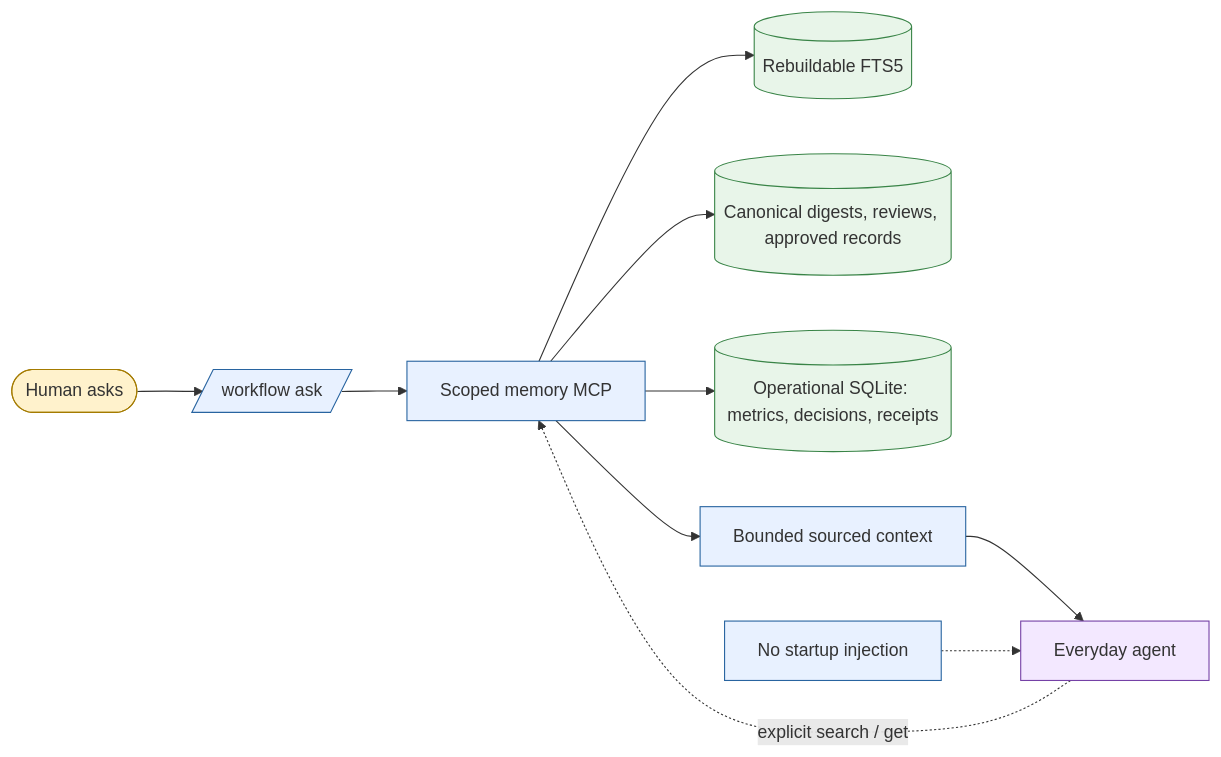
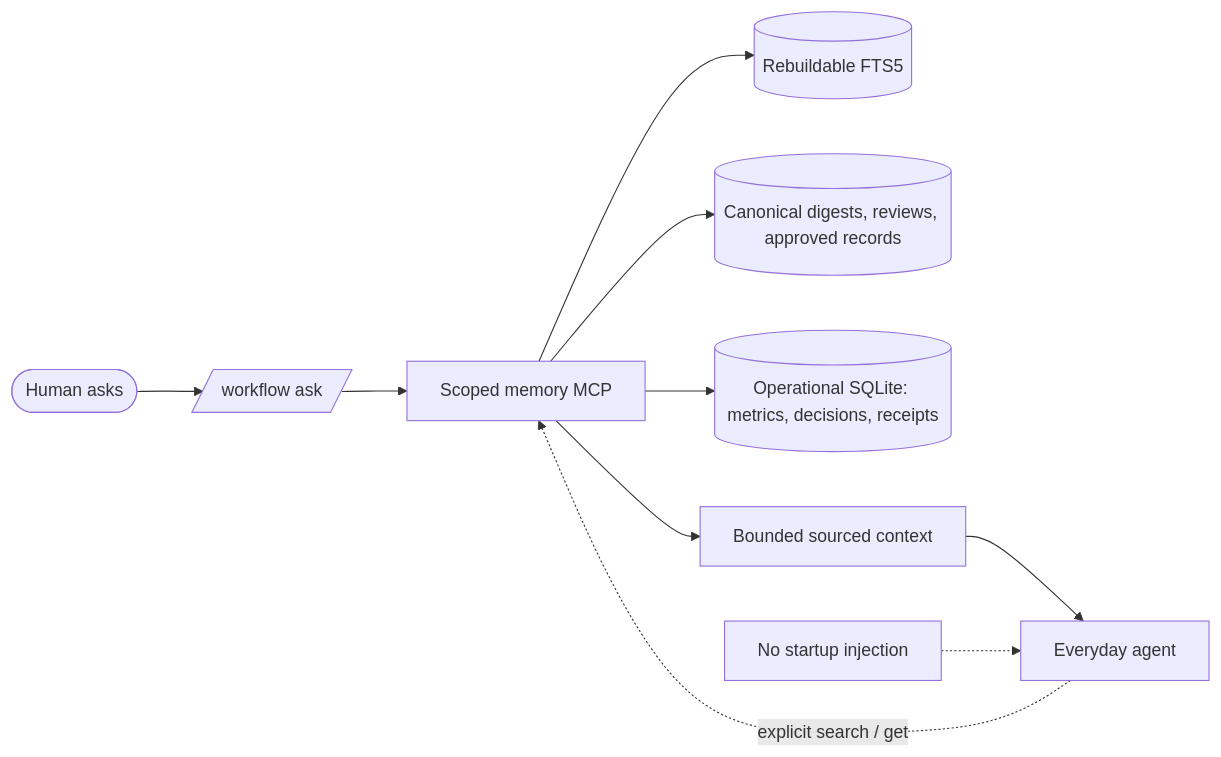
The third of 4 diagrams in README.md (Jero110/pi-house), drawn with Mermaid before and after one commit. The commit also changed other lines of this file and 2 other files, not shown here.

First line of the commit message:
fix: run CI on the Node that books-rag needs, and draw diagrams without colors

````diff
--- a/README.md
+++ b/README.md
@@ -118,14 +110,10 @@
 ```mermaid
 flowchart LR
-  classDef code fill:#e8f1ff,stroke:#2864a0
-  classDef llm fill:#f3e8ff,stroke:#7541a6
-  classDef store fill:#e8f5e9,stroke:#398447
-  classDef human fill:#fff2cc,stroke:#a47b00
-  H([Human asks]):::human --> A[/workflow ask/]:::code --> M[Scoped memory MCP]:::code
-  E[Everyday agent]:::llm -. explicit search / get .-> M
-  M --> F[(Rebuildable FTS5)]:::store
-  M --> D[(Canonical digests, reviews, approved records)]:::store
-  M --> O[(Operational SQLite: metrics, decisions, receipts)]:::store
-  M --> C[Bounded sourced context]:::code --> E
-  N[No startup injection]:::code -.-> E
+  H([Human asks]) --> A[/workflow ask/] --> M[Scoped memory MCP]
+  E[Everyday agent] -. explicit search / get .-> M
+  M --> F[(Rebuildable FTS5)]
+  M --> D[(Canonical digests, reviews, approved records)]
+  M --> O[(Operational SQLite: metrics, decisions, receipts)]
+  M --> C[Bounded sourced context] --> E
+  N[No startup injection] -.-> E
 ```
````
